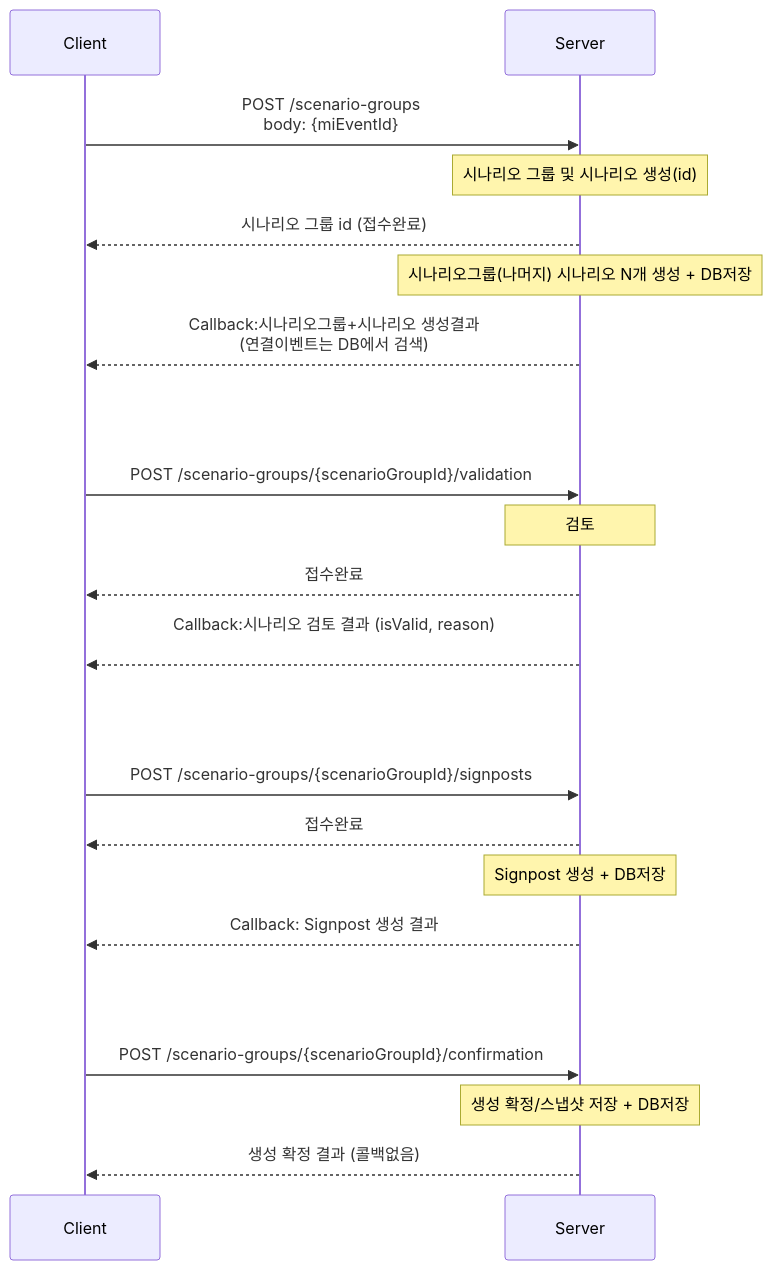
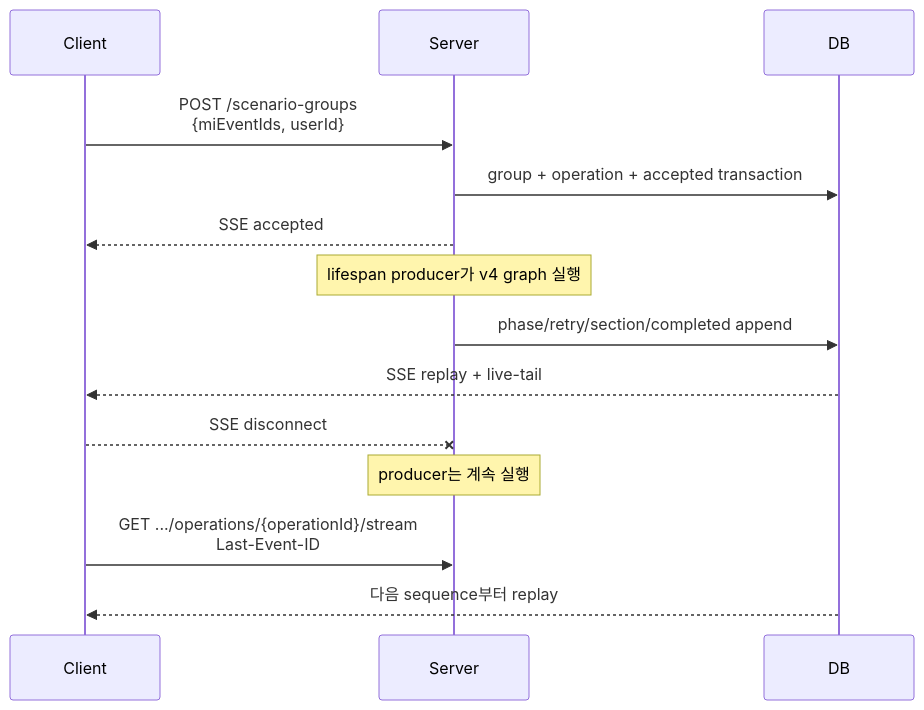
One commit to enkhbaatarL/skmip-mi-agent changed the diagram in docs/architectures/scenario_group_agent_api_request_response.md. Above: the diagram before and after it, drawn with Mermaid. The commit also changed other lines of this file and 38 other files, not shown here.

````diff
--- a/docs/architectures/scenario_group_agent_api_request_response.md
+++ b/docs/architectures/scenario_group_agent_api_request_response.md
@@ -17,28 +25,17 @@
 ```mermaid
 sequenceDiagram
     participant Client
     participant Server
+    participant DB
 
-    Client->>Server: POST /scenario-groups <br/> body: {miEventId}
-
-    Note over Server: 시나리오 그룹 및 시나리오 생성(id)
-    Server-->>Client: 시나리오 그룹 id (접수완료)
-
-    Note over Server: 시나리오그룹(나머지) 시나리오 N개 생성 + DB저장
-    Server-->>Client: Callback:시나리오그룹+시나리오 생성결과 <br/>(연결이벤트는 DB에서 검색)
-
-    Client->>Server: <br/><br/><br/><br/>POST /scenario-groups/{scenarioGroupId}/validation
-    Note over Server: 검토
-    Server-->>Client: 접수완료
-
-    Server-->>Client: Callback:시나리오 검토 결과 (isValid, reason) <br/>
-
-    Client->>Server: <br/><br/><br/><br/>POST /scenario-groups/{scenarioGroupId}/signposts
-    Server-->>Client: 접수완료
-    Note over Server: Signpost 생성 + DB저장
-    Server-->>Client: Callback: Signpost 생성 결과
-
-    Client->>Server: <br/><br/><br/><br/>POST /scenario-groups/{scenarioGroupId}/confirmation
-    Note over Server: 생성 확정/스냅샷 저장 + DB저장
-    Server-->>Client: 생성 확정 결과 (콜백없음)
+    Client->>Server: POST /scenario-groups<br/>{miEventIds, userId}
+    Server->>DB: group + operation + accepted transaction
+    Server-->>Client: SSE accepted
+    Note over Server: lifespan producer가 v4 graph 실행
+    Server->>DB: phase/retry/section/completed append
+    DB-->>Client: SSE replay + live-tail
+    Client--xServer: SSE disconnect
+    Note over Server: producer는 계속 실행
+    Client->>Server: GET .../operations/{operationId}/stream<br/>Last-Event-ID
+    DB-->>Client: 다음 sequence부터 replay
 ```
````
